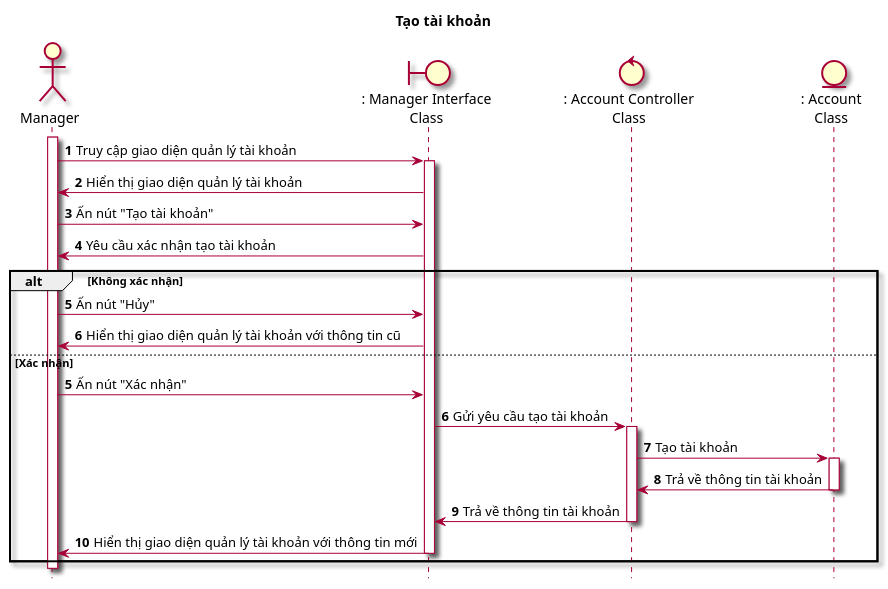
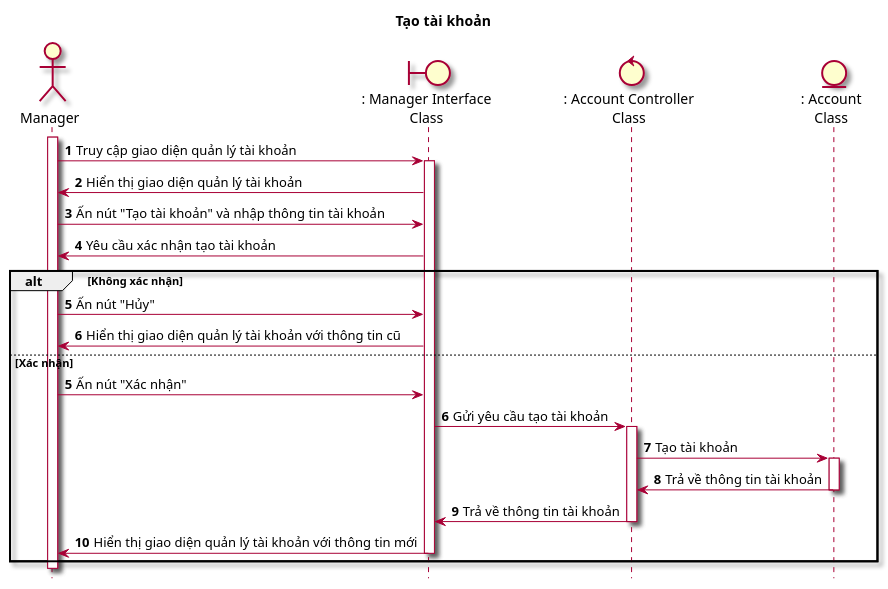
The diagram in Lab1/Lab 1.2 Diagram/Sequence/FilePUML/17.1. SeqTaoTaiKhoan.puml (Griselda4774/EAS-EmploymentAssistanceSystem), drawn with PlantUML before and after one commit. The commit also changed 5 other files, not shown here.

```diff
--- a/Lab1/Lab 1.2 Diagram/Sequence/FilePUML/17.1. SeqTaoTaiKhoan.puml
+++ b/Lab1/Lab 1.2 Diagram/Sequence/FilePUML/17.1. SeqTaoTaiKhoan.puml
@@ -1,33 +1,33 @@
 @startuml TaoTaiKhoan
 
 skin rose
 hide footbox
 
 title Tạo tài khoản
 
 actor "Manager" as quanLy
 boundary ": Manager Interface\nClass" as managerInterface
 control ": Account Controller\nClass" as accountController
 entity ": Account\nClass" as account
 
 autonumber
 quanLy++
 quanLy -> managerInterface++ : Truy cập giao diện quản lý tài khoản
 managerInterface -> quanLy : Hiển thị giao diện quản lý tài khoản
-quanLy -> managerInterface : Ấn nút "Tạo tài khoản"
+quanLy -> managerInterface : Ấn nút "Tạo tài khoản" và nhập thông tin tài khoản
 managerInterface -> quanLy: Yêu cầu xác nhận tạo tài khoản
 alt Không xác nhận
 quanLy -> managerInterface : Ấn nút "Hủy"
 managerInterface -> quanLy : Hiển thị giao diện quản lý tài khoản với thông tin cũ
 else Xác nhận
 autonumber 5
 quanLy -> managerInterface : Ấn nút "Xác nhận"
 managerInterface -> accountController++ : Gửi yêu cầu tạo tài khoản
 accountController -> account++ : Tạo tài khoản
 account -> accountController-- : Trả về thông tin tài khoản
 accountController -> managerInterface-- : Trả về thông tin tài khoản
 managerInterface -> quanLy-- : Hiển thị giao diện quản lý tài khoản với thông tin mới
 end
 
 quanLy--
 @enduml
```
